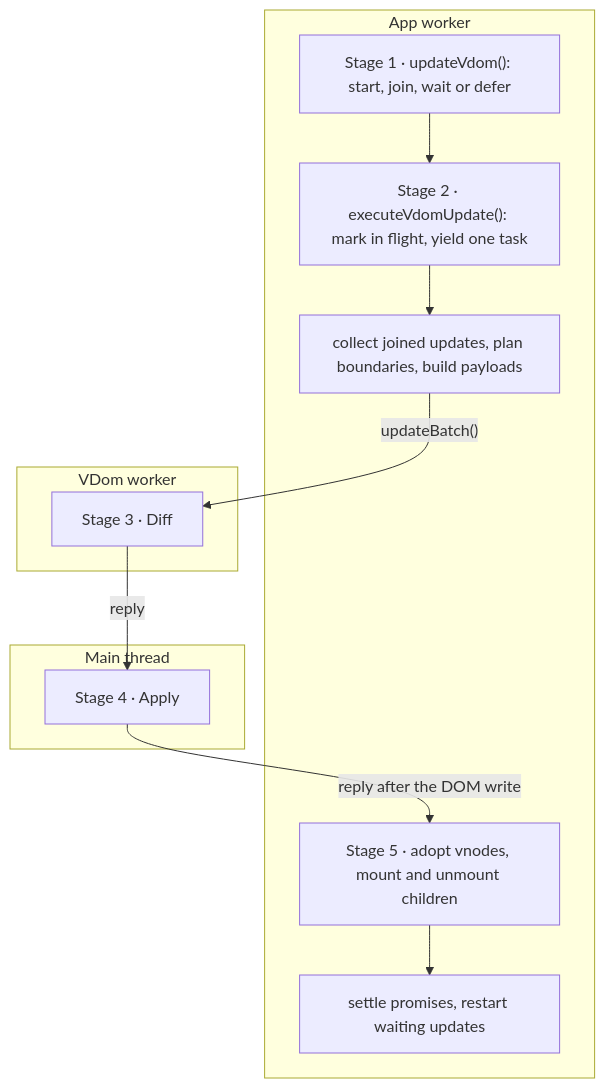
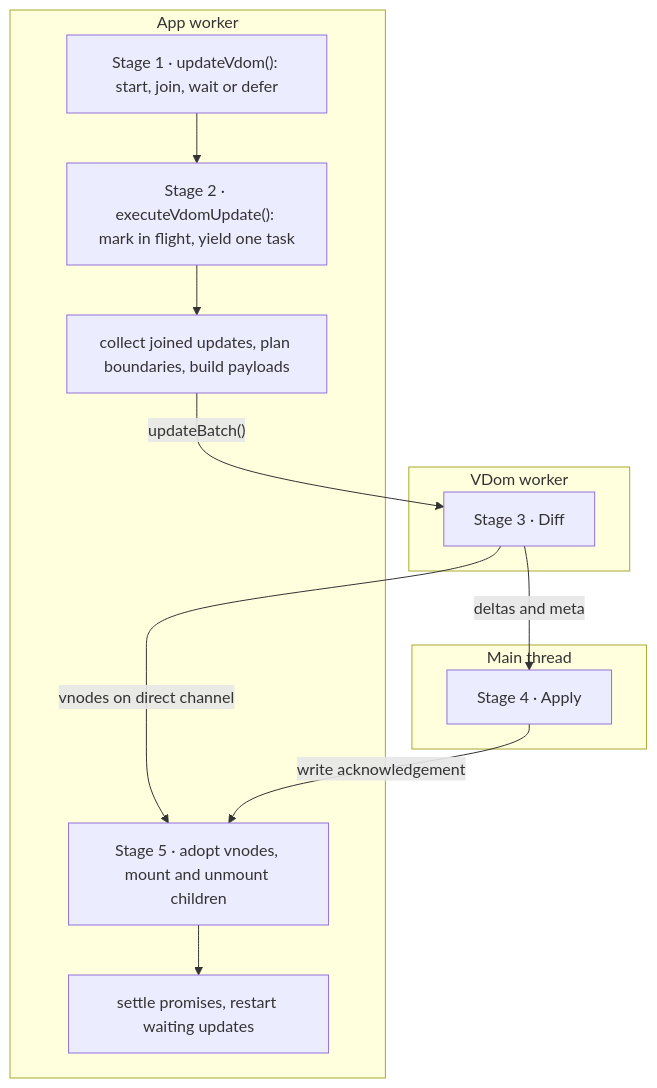
The diagram in learn/guides/vdomengine/AppWorker.md (neomjs/neo), drawn with Mermaid before and after one commit. The commit also changed other lines of this file and 17 other files, not shown here.

````diff
--- a/learn/guides/vdomengine/AppWorker.md
+++ b/learn/guides/vdomengine/AppWorker.md
@@ -7,17 +7,18 @@
 ```mermaid
 flowchart TD
     subgraph APP["App worker"]
         C1["Stage 1 · updateVdom(): start, join, wait or defer"] --> C2["Stage 2 · executeVdomUpdate(): mark in flight, yield one task"]
         C2 --> C3["collect joined updates, plan boundaries, build payloads"]
         R1["Stage 5 · adopt vnodes, mount and unmount children"] --> R2["settle promises, restart waiting updates"]
     end
     subgraph VDOM["VDom worker"]
         D["Stage 3 · Diff"]
     end
     subgraph MAIN["Main thread"]
         M["Stage 4 · Apply"]
     end
     C3 -->|"updateBatch()"| D
-    D -->|"reply"| M
-    M -->|"reply after the DOM write"| R1
+    D -->|"vnodes on direct channel"| R1
+    D -->|"deltas and meta"| M
+    M -->|"write acknowledgement"| R1
 ```
````
